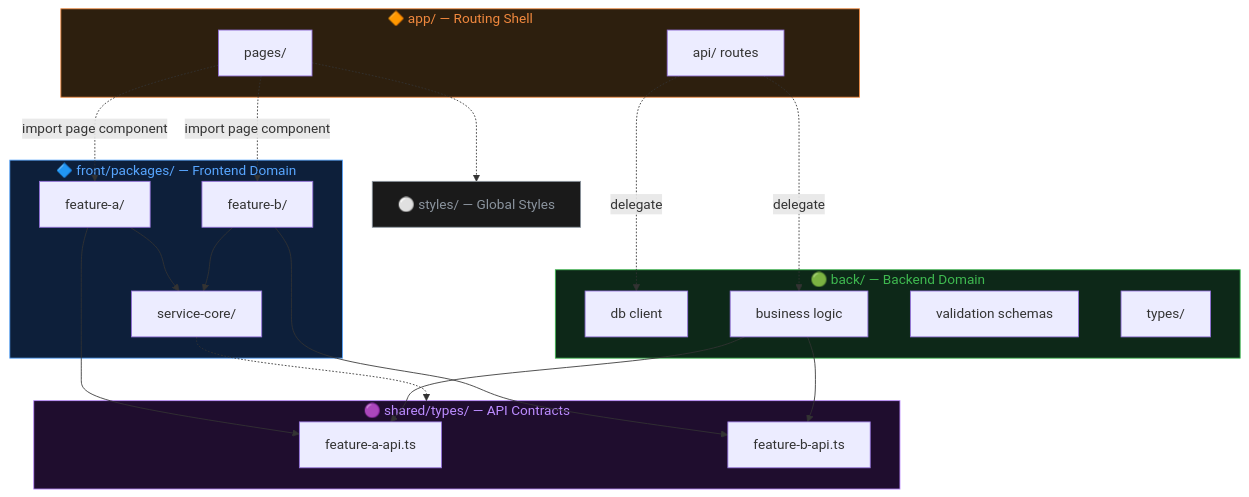
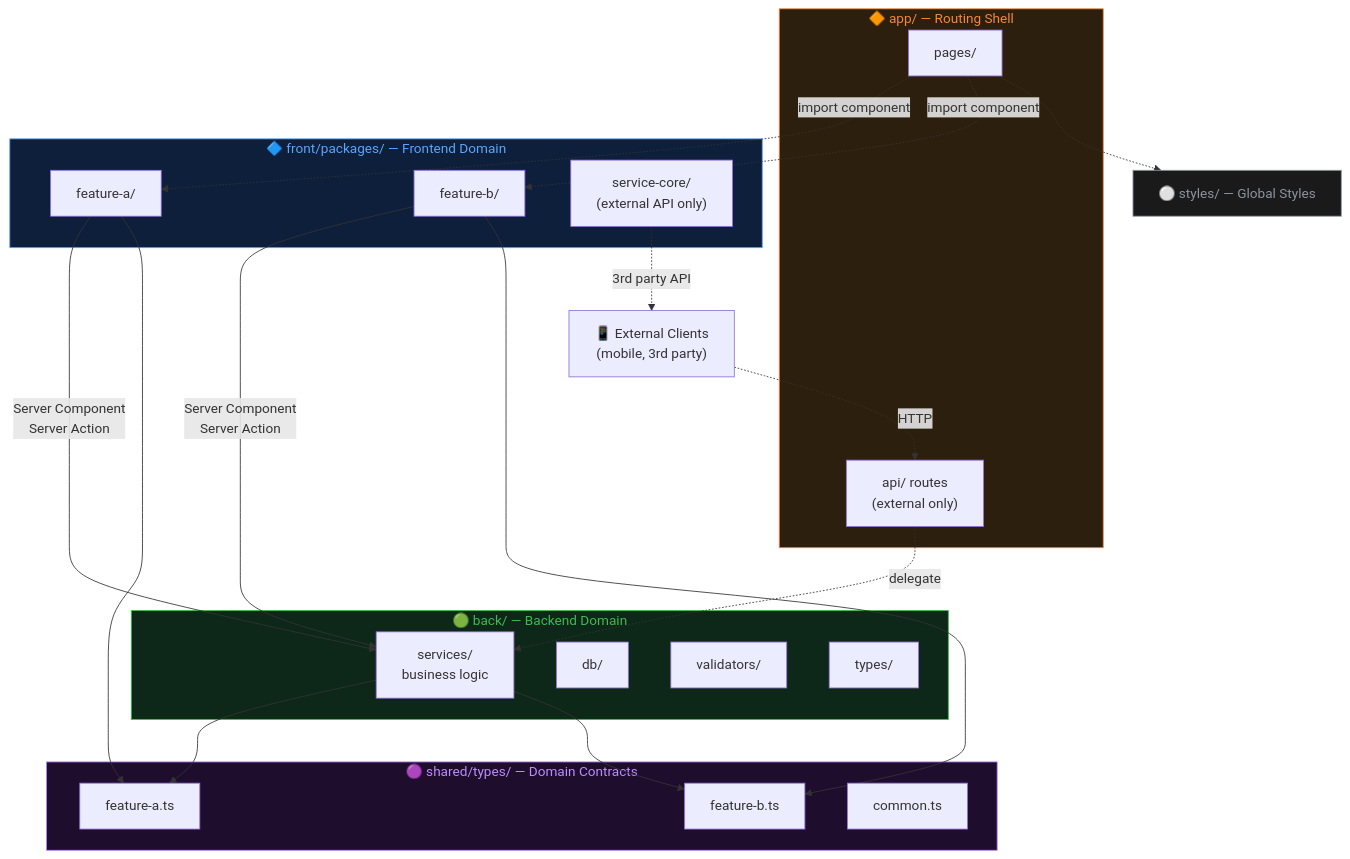
Before and after one commit to woosgem-dev/prism-architecture: the second of 7 diagrams in prism-architecture.md, drawn with Mermaid. The commit also changed other lines of this file, not shown here.

First line of the commit message:
refactor: adapt Prism Architecture for Next.js App Router

````diff
--- a/prism-architecture.md
+++ b/prism-architecture.md
@@ -24,58 +65,62 @@
 ```mermaid
 graph TD
     subgraph SHELL["🔶 app/ — Routing Shell"]
         PAGES["pages/"]
-        API["api/ routes"]
+        API["api/ routes<br/>(external only)"]
     end
 
     subgraph FRONT["🔷 front/packages/ — Frontend Domain"]
         FEAT_A["feature-a/"]
         FEAT_B["feature-b/"]
-        SVC_CORE["service-core/"]
+        SVC_CORE["service-core/<br/>(external API only)"]
     end
 
     subgraph BACK["🟢 back/ — Backend Domain"]
-        DB["db client"]
-        BIZ["business logic"]
-        SCHEMA["validation schemas"]
+        SERVICES["services/<br/>business logic"]
+        DB["db/"]
+        VALIDATORS["validators/"]
         BTYPES["types/"]
     end
 
-    subgraph SHARED["🟣 shared/types/ — API Contracts"]
-        CONTRACT_A["feature-a-api.ts"]
-        CONTRACT_B["feature-b-api.ts"]
+    subgraph SHARED["🟣 shared/types/ — Domain Contracts"]
+        TYPE_A["feature-a.ts"]
+        TYPE_B["feature-b.ts"]
+        COMMON["common.ts"]
     end
 
     STYLES["⚪ styles/ — Global Styles"]
+    EXTERNAL["📱 External Clients<br/>(mobile, 3rd party)"]
 
     %% App → Front (pages import feature components)
-    PAGES -. "import page component" .-> FEAT_A
-    PAGES -. "import page component" .-> FEAT_B
+    PAGES -. "import component" .-> FEAT_A
+    PAGES -. "import component" .-> FEAT_B
 
-    %% App → Back (API routes delegate to backend)
-    API -. "delegate" .-> BIZ
-    API -. "delegate" .-> DB
+    %% App API → Back (external clients only)
+    EXTERNAL -. "HTTP" .-> API
+    API -. "delegate" .-> SERVICES
 
-    %% Front → Shared (frontend reads API contracts)
-    FEAT_A --> CONTRACT_A
-    FEAT_B --> CONTRACT_B
-    SVC_CORE -.-> SHARED
+    %% Front → Back (server-side direct call)
+    FEAT_A -- "Server Component<br/>Server Action" --> SERVICES
+    FEAT_B -- "Server Component<br/>Server Action" --> SERVICES
 
-    %% Back → Shared (backend reads API contracts)
-    BIZ --> CONTRACT_A
-    BIZ --> CONTRACT_B
+    %% Front → Shared
+    FEAT_A --> TYPE_A
+    FEAT_B --> TYPE_B
 
-    %% Feature → service-core
-    FEAT_A --> SVC_CORE
-    FEAT_B --> SVC_CORE
+    %% Back → Shared
+    SERVICES --> TYPE_A
+    SERVICES --> TYPE_B
+
+    %% External API
+    SVC_CORE -. "3rd party API" .-> EXTERNAL
 
     %% Styles
     PAGES -.-> STYLES
 
     %% Styling
     style SHELL fill:#2d1f0e,stroke:#f0883e,color:#f0883e
     style FRONT fill:#0d1f3a,stroke:#58a6ff,color:#58a6ff
     style BACK fill:#0d2818,stroke:#3fb950,color:#3fb950
     style SHARED fill:#1f0d2e,stroke:#bc8cff,color:#bc8cff
     style STYLES fill:#1a1a1a,stroke:#8b949e,color:#8b949e
 ```
````
